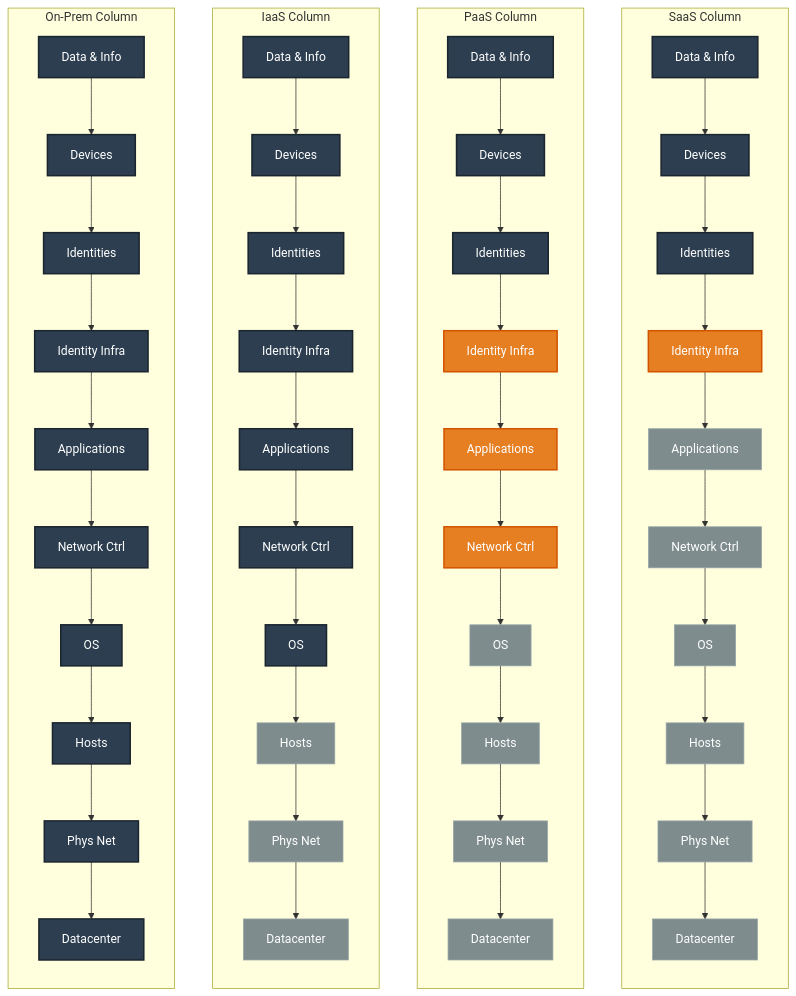
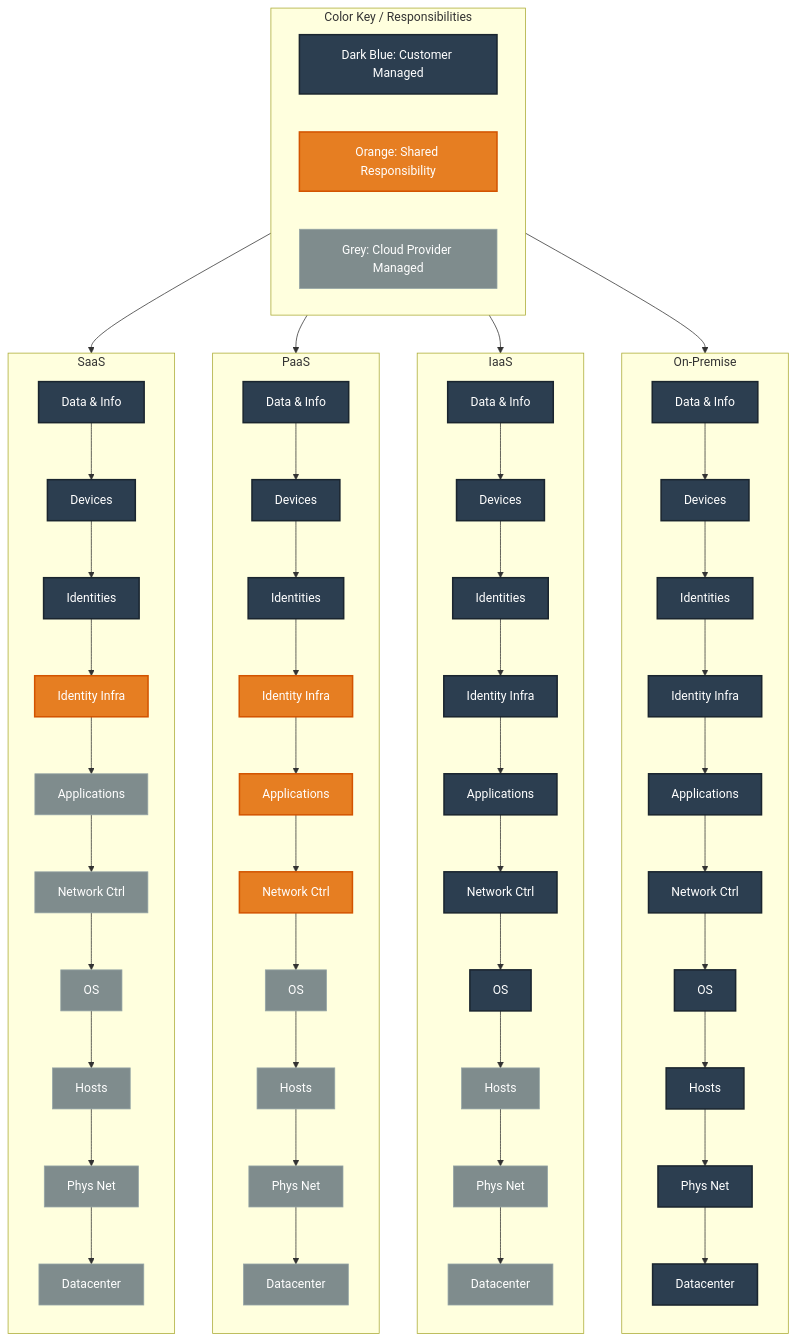
The diagram in 2-Shared-responsibility-model.md (Chaitrali-tambe/az-900-Notes), drawn with Mermaid before and after one commit.

````diff
--- a/2-Shared-responsibility-model.md
+++ b/2-Shared-responsibility-model.md
@@ -5,16 +5,21 @@
 ```mermaid
 	graph TD
-    %% Global Settings
-    %% TD layout naturally formats models side-by-side as portrait columns
-
     %% Styles and Themes
     classDef customer fill:#2c3e50,stroke:#1a252f,stroke-width:2px,color:#fff;
     classDef shared fill:#e67e22,stroke:#d35400,stroke-width:2px,color:#fff;
     classDef provider fill:#7f8c8d,stroke:#95a5a6,stroke-width:1px,color:#fff;
     classDef groupStyle fill:#f8f9fa,stroke:#bdc3c7,stroke-width:1px;
 
+    %% --- VISUAL LEGEND HEADER ---
+    subgraph LEGEND [Color Key / Responsibilities]
+        direction LR
+        L1[Dark Blue: Customer Managed]:::customer
+        L2[Orange: Shared Responsibility]:::shared
+        L3[Grey: Cloud Provider Managed]:::provider
+    end
+
     %% --- SAAS COLUMN ---
-    subgraph SaaS [SaaS Column]
+    subgraph SaaS [SaaS]
         direction TB
         S1[Data & Info]:::customer -->
         S2[Devices]:::customer -->
@@ -29,7 +34,7 @@
     end
 
     %% --- PAAS COLUMN ---
-    subgraph PaaS [PaaS Column]
+    subgraph PaaS [PaaS]
         direction TB
         P1[Data & Info]:::customer -->
         P2[Devices]:::customer -->
@@ -44,7 +49,7 @@
     end
 
     %% --- IAAS COLUMN ---
-    subgraph IaaS [IaaS Column]
+    subgraph IaaS [IaaS]
         direction TB
         I1[Data & Info]:::customer -->
         I2[Devices]:::customer -->
@@ -59,7 +64,7 @@
     end
 
     %% --- ON-PREMISE COLUMN ---
-    subgraph OnPrem [On-Prem Column]
+    subgraph OnPrem [On-Premise]
         direction TB
         O1[Data & Info]:::customer -->
         O2[Devices]:::customer -->
@@ -73,10 +78,17 @@
         O10[Datacenter]:::customer
     end
 
+    %% Anchor the legend neatly above the portrait infrastructure columns
+    LEGEND --> SaaS
+    LEGEND --> PaaS
+    LEGEND --> IaaS
+    LEGEND --> OnPrem
+
     %% Apply group styles to columns
     style SaaS groupStyle
     style PaaS groupStyle
     style IaaS groupStyle
     style OnPrem groupStyle
 
+
 ```
````
